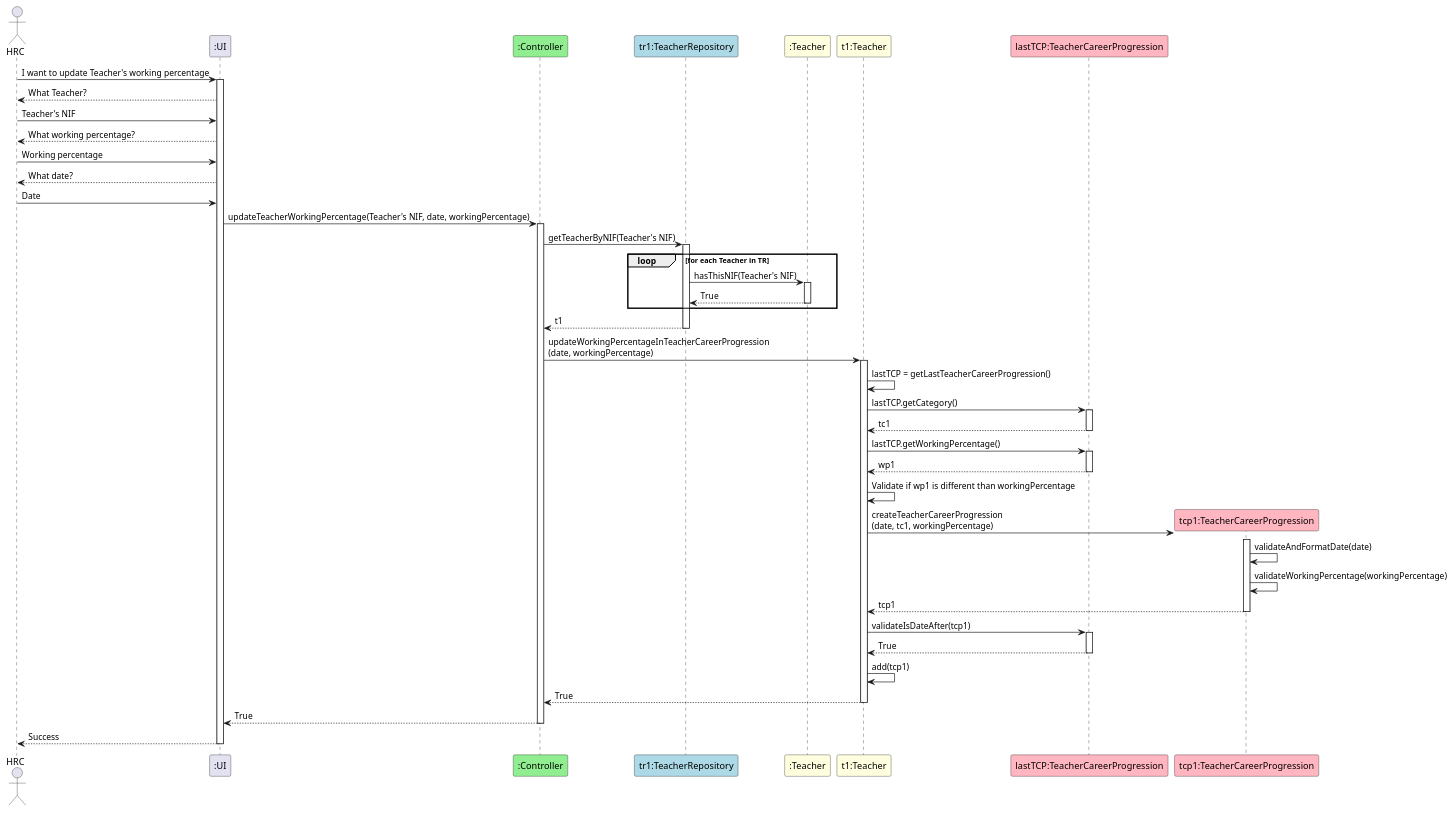
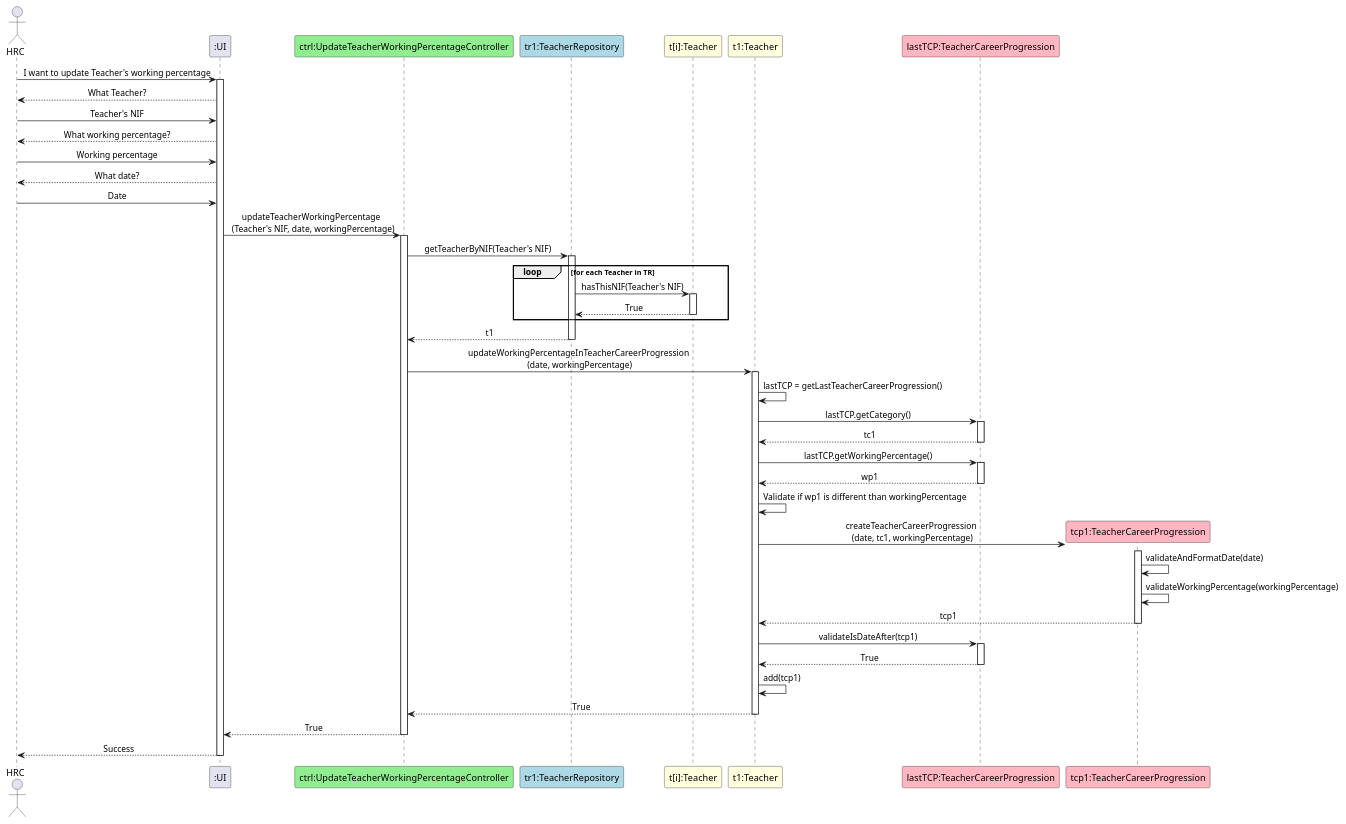
The diagram in docs/sequenceDiagrams/US15/US15_UpdateTeacherWorkingPercentage.puml (GasparISEP/DevOps-PAI), drawn with PlantUML before and after one commit. The commit also changed 2 other files, not shown here.

Commit message:
-Made changes to US07SequenceDiagram -Made changes to US15SequenceDiagram -Made changes to US15ClassDiagram

```diff
--- a/docs/sequenceDiagrams/US15/US15_UpdateTeacherWorkingPercentage.puml
+++ b/docs/sequenceDiagrams/US15/US15_UpdateTeacherWorkingPercentage.puml
@@ -1,69 +1,70 @@
 @startuml
+skinparam sequenceMessageAlign center
 
 actor HRC
 participant ":UI" as UI
-participant ":Controller" as Controller #lightgreen
+participant "ctrl:UpdateTeacherWorkingPercentageController" as Controller #lightgreen
 participant "tr1:TeacherRepository" as TR #lightblue
-participant ":Teacher" as Teacher #lightyellow
+participant "t[i]:Teacher" as Teacher #lightyellow
 participant "t1:Teacher" as t1Teacher #lightyellow
 participant "lastTCP:TeacherCareerProgression" as TCP #lightpink
 participant "tcp1:TeacherCareerProgression" as TCP1 #lightpink
 
 HRC -> UI : I want to update Teacher's working percentage
 activate UI
 UI --> HRC: What Teacher?
 HRC -> UI: Teacher's NIF
 UI --> HRC: What working percentage?
 HRC -> UI: Working percentage
 UI --> HRC: What date?
 HRC -> UI: Date
-UI -> Controller : updateTeacherWorkingPercentage(Teacher's NIF, date, workingPercentage)
+UI -> Controller : updateTeacherWorkingPercentage \n (Teacher's NIF, date, workingPercentage)
 activate Controller
 
 Controller -> TR : getTeacherByNIF(Teacher's NIF)
 activate TR
 
 loop for each Teacher in TR
     TR -> Teacher : hasThisNIF(Teacher's NIF)
     activate Teacher
     Teacher --> TR : True
     deactivate Teacher
 end
 
 TR --> Controller : t1
 deactivate TR
 
 
 Controller -> t1Teacher : updateWorkingPercentageInTeacherCareerProgression \n(date, workingPercentage)
 activate t1Teacher
 t1Teacher -> t1Teacher : lastTCP = getLastTeacherCareerProgression()
 t1Teacher -> TCP : lastTCP.getCategory()
 activate TCP
 TCP --> t1Teacher : tc1
 deactivate TCP
 t1Teacher -> TCP : lastTCP.getWorkingPercentage()
 activate TCP
 TCP --> t1Teacher : wp1
 deactivate TCP
 t1Teacher -> t1Teacher : Validate if wp1 is different than workingPercentage
 t1Teacher -> TCP1** : createTeacherCareerProgression \n(date, tc1, workingPercentage)
 activate TCP1
 TCP1 -> TCP1 : validateAndFormatDate(date)
 TCP1 -> TCP1 : validateWorkingPercentage(workingPercentage)
 TCP1 --> t1Teacher : tcp1
 deactivate TCP1
 t1Teacher -> TCP : validateIsDateAfter(tcp1)
 activate TCP
 TCP --> t1Teacher : True
 deactivate TCP
 t1Teacher -> t1Teacher : add(tcp1)
 
 t1Teacher --> Controller : True
 deactivate t1Teacher
 
 Controller --> UI : True
 deactivate Controller
 UI --> HRC : Success
 deactivate UI
 
 @enduml
```
